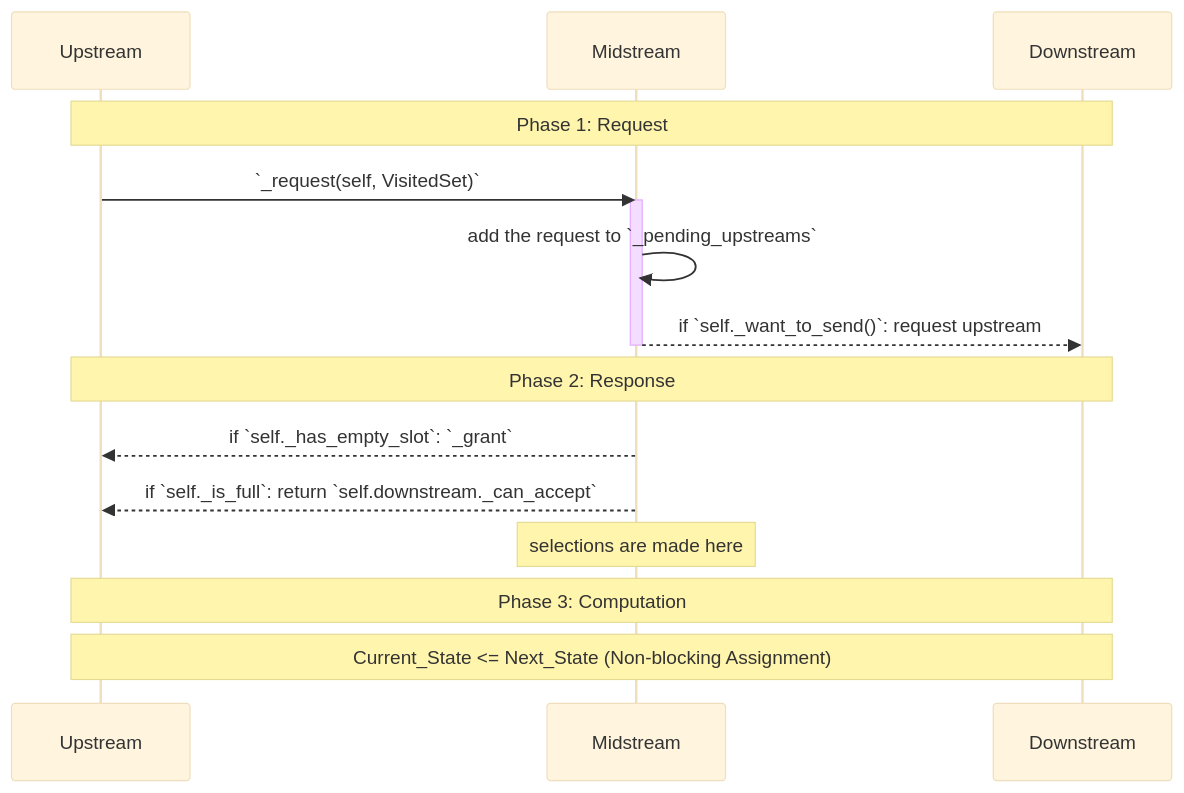
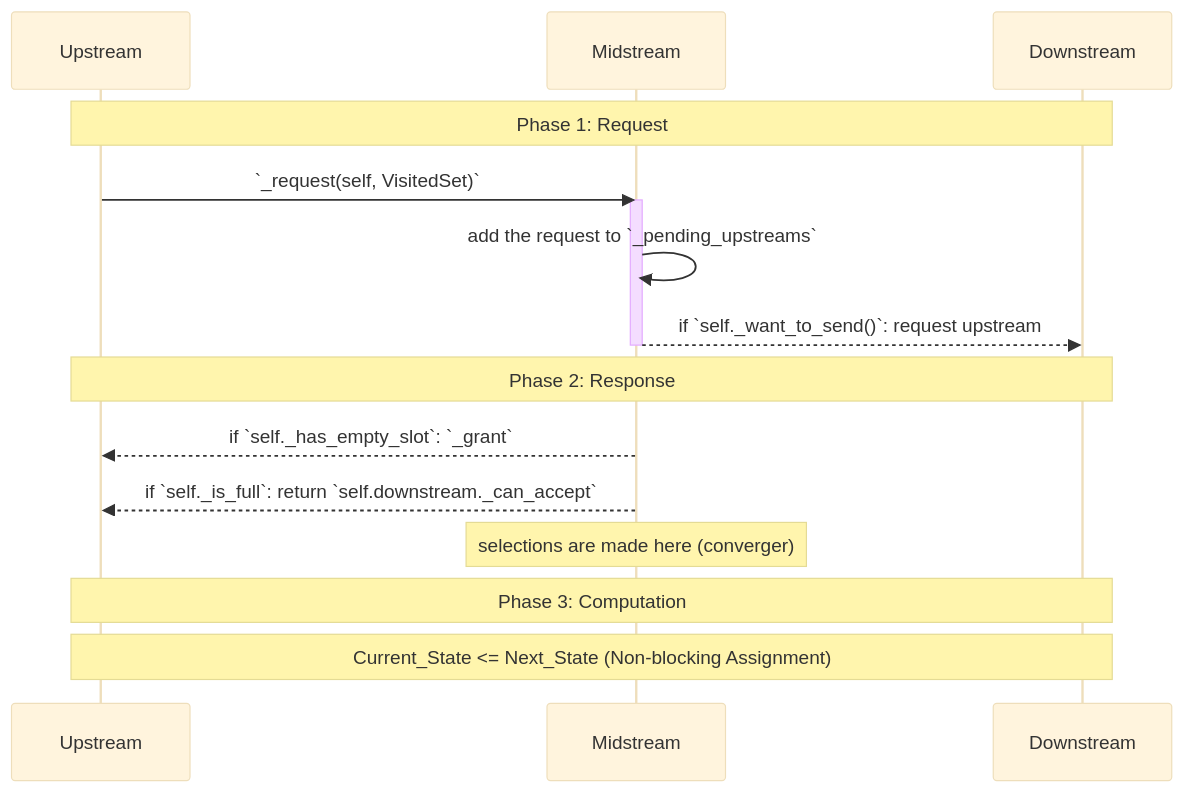
The diagram in README.md (hongshan-academy/endfield-AIC-sim), drawn with Mermaid (base theme) before and after one commit. The commit also changed 2 other files, not shown here.

Commit message:
fix converger

````diff
--- a/README.md
+++ b/README.md
@@ -3,24 +3,24 @@
 ```mermaid
 sequenceDiagram
     participant Up as Upstream
     participant Mid as Midstream
     participant Down as Downstream
 
     Note over Up, Down: Phase 1: Request
     Up->>Mid: `_request(self, VisitedSet)`
     activate Mid
     Mid->>Mid: add the request to `_pending_upstreams`
     Mid-->>Down: if `self._want_to_send()`: request upstream
     deactivate Mid
 
     Note over Up, Down: Phase 2: Response
     Mid-->>Up: if `self._has_empty_slot`: `_grant`
     Mid-->>Up: if `self._is_full`: return `self.downstream._can_accept`
     activate Mid
-    Note over Mid: selections are made here    
+    Note over Mid: selections are made here (converger)
     
     Note over Up, Down: Phase 3: Computation
     
 
     Note over Up, Down: Current_State <= Next_State (Non-blocking Assignment)
 ```
````
